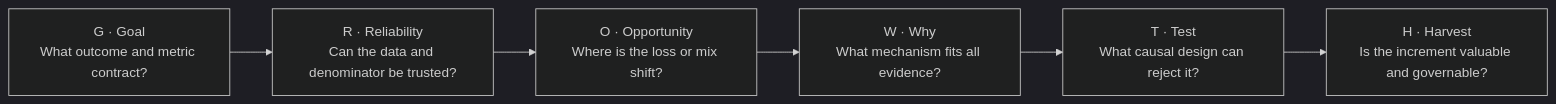
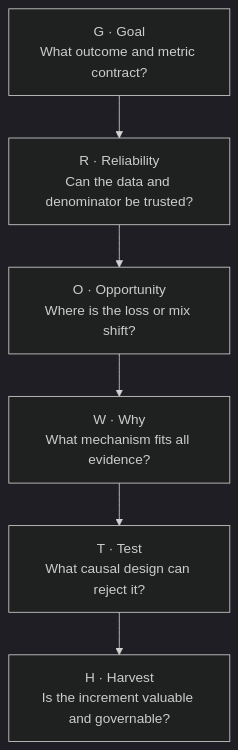
Before and after one commit to liu-XI71/growthlab-user-growth-analytics: the first of 2 diagrams in README.md, drawn with Mermaid (dark theme). The commit also changed 1 other file, not shown here.

Commit message:
Make the GROWTH framework readable on GitHub

````diff
--- a/README.md
+++ b/README.md
@@ -30,8 +30,8 @@
 ```mermaid
-flowchart LR
+flowchart TB
     G["G · Goal<br/>What outcome and metric contract?"] --> R["R · Reliability<br/>Can the data and denominator be trusted?"]
     R --> O["O · Opportunity<br/>Where is the loss or mix shift?"]
     O --> W["W · Why<br/>What mechanism fits all evidence?"]
     W --> T["T · Test<br/>What causal design can reject it?"]
     T --> H["H · Harvest<br/>Is the increment valuable and governable?"]
 ```
````
